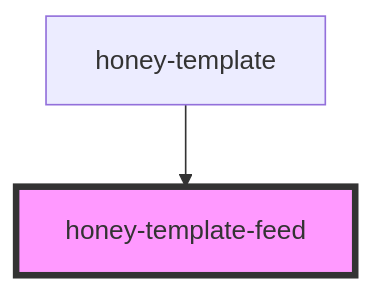
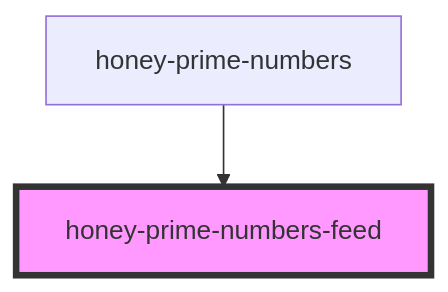
The diagram in src/components/honey-news/news/readme.md (Huluvu424242/honey-prime-numbers), drawn with Mermaid before and after one commit. The commit also changed other lines of this file and 23 other files, not shown here.

````diff
--- a/src/components/honey-news/news/readme.md
+++ b/src/components/honey-news/news/readme.md
@@ -36,5 +36,5 @@
 ```mermaid
 graph TD;
-  honey-template --> honey-template-feed
-  style honey-template-feed fill:#f9f,stroke:#333,stroke-width:4px
+  honey-prime-numbers --> honey-prime-numbers-feed
+  style honey-prime-numbers-feed fill:#f9f,stroke:#333,stroke-width:4px
 ```
````
